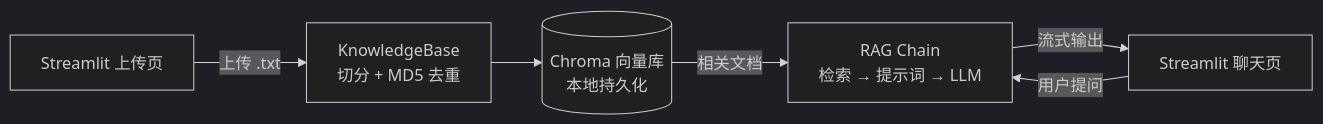
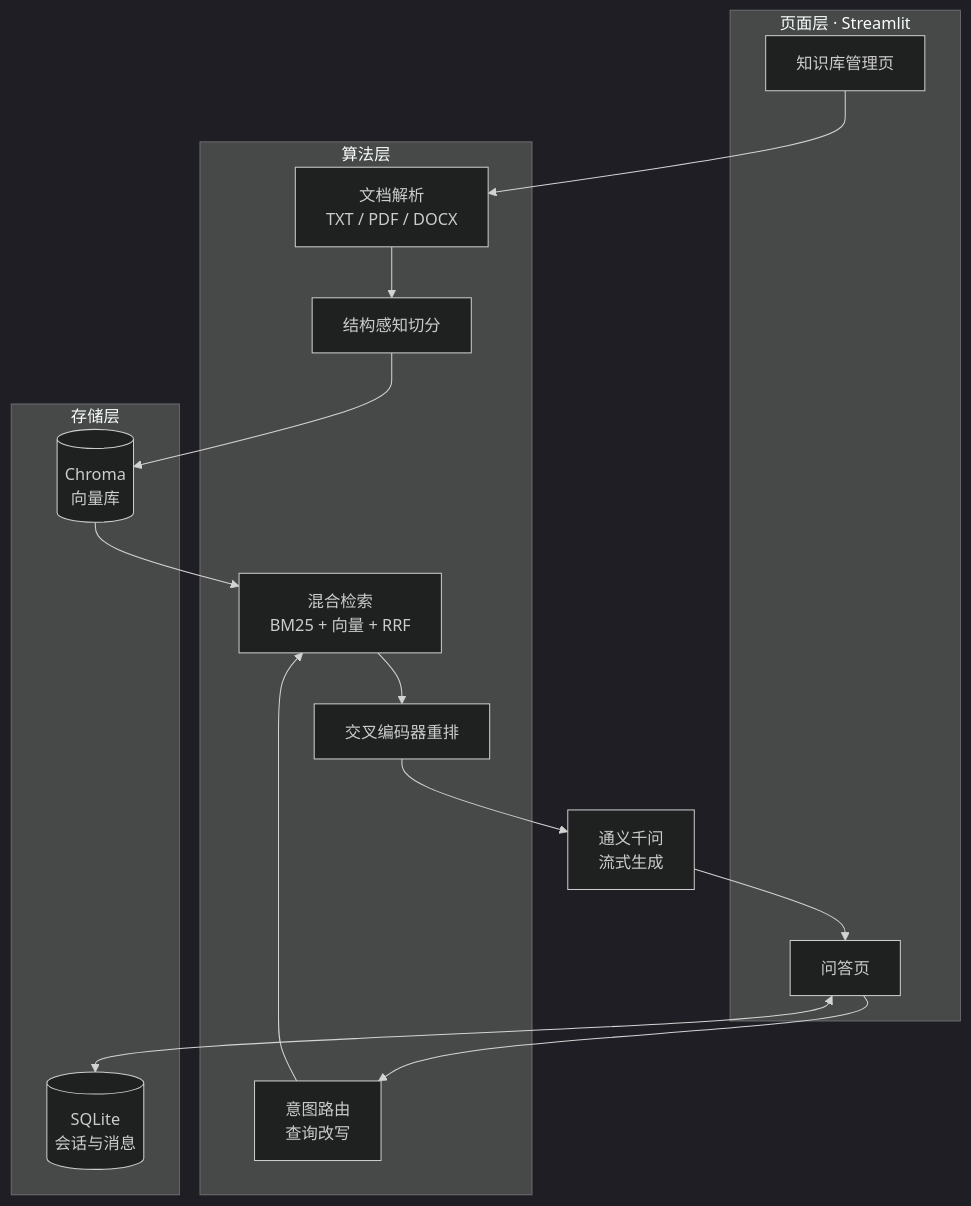
One commit to LYP961166/KnowledgeBase-RAG-LLM-System changed the diagram in README.md. Above: the diagram before and after it, drawn with Mermaid (dark theme). The commit also changed other lines of this file and 4 other files, not shown here.

````diff
--- a/README.md
+++ b/README.md
@@ -49,8 +51,26 @@
 ```mermaid
-flowchart LR
-    UP["Streamlit 上传页"] -- "上传 .txt" --> KB["KnowledgeBase<br/>切分 + MD5 去重"]
-    KB --> DB[("Chroma 向量库<br/>本地持久化")]
-    CH["Streamlit 聊天页"] -- "用户提问" --> RC["RAG Chain<br/>检索 → 提示词 → LLM"]
-    DB -- "相关文档" --> RC
-    RC -- "流式输出" --> CH
+flowchart TB
+    subgraph 页面层["页面层 · Streamlit"]
+        UP["知识库管理页"]
+        CH["问答页"]
+    end
+
+    subgraph 算法层["算法层"]
+        DL["文档解析<br/>TXT / PDF / DOCX"]
+        CK["结构感知切分"]
+        RT["意图路由<br/>查询改写"]
+        HR["混合检索<br/>BM25 + 向量 + RRF"]
+        RR["交叉编码器重排"]
+    end
+
+    subgraph 存储层["存储层"]
+        VS[("Chroma<br/>向量库")]
+        DB[("SQLite<br/>会话与消息")]
+    end
+
+    UP --> DL --> CK --> VS
+    CH --> RT --> HR
+    VS --> HR --> RR --> LLM["通义千问<br/>流式生成"]
+    LLM --> CH
+    CH <--> DB
 ```
````
